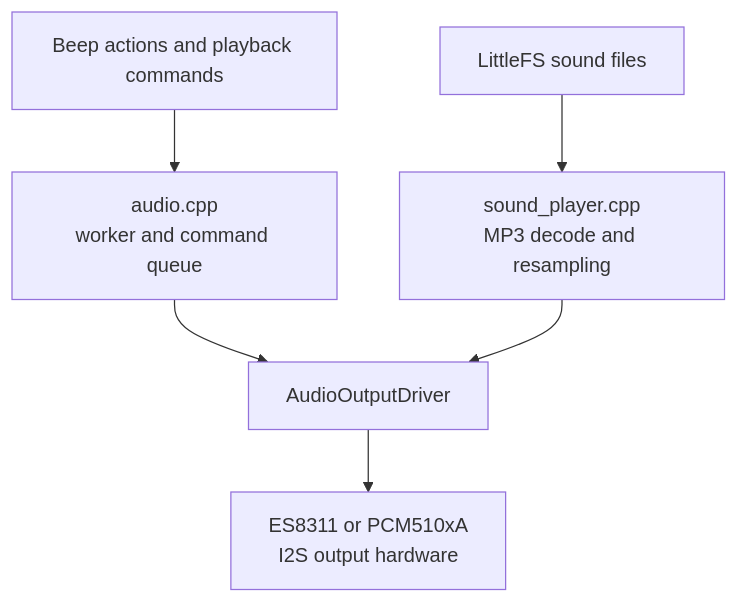
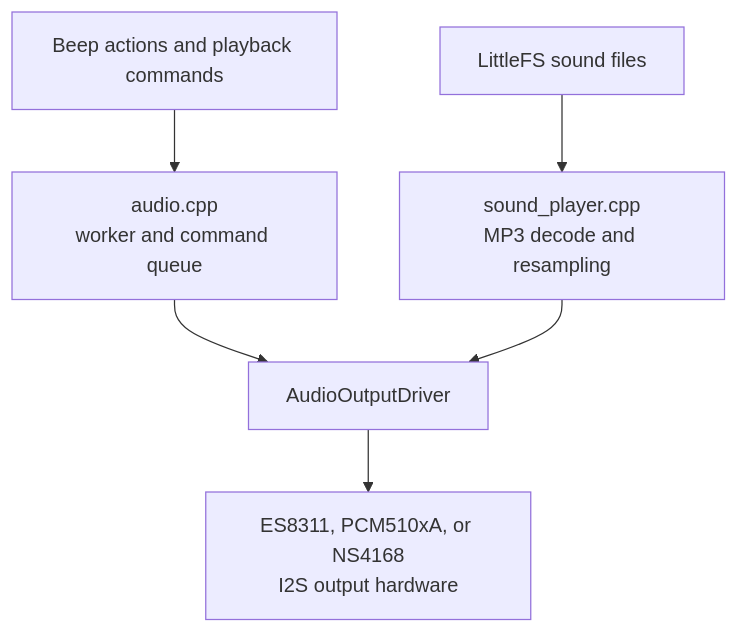
Before and after one commit to jantielens/esp32-macropad: the diagram in docs/dev/audio-architecture.md, drawn with Mermaid. The commit also changed other lines of this file and 34 other files, not shown here.

````diff
--- a/docs/dev/audio-architecture.md
+++ b/docs/dev/audio-architecture.md
@@ -17,8 +17,8 @@
 ```mermaid
 flowchart TD
     Actions[Beep actions and playback commands] --> Audio["audio.cpp\nworker and command queue"]
     Storage["LittleFS sound files"] --> Player["sound_player.cpp\nMP3 decode and resampling"]
     Audio --> Driver["AudioOutputDriver"]
     Player --> Driver
-    Driver --> Hardware["ES8311 or PCM510xA\nI2S output hardware"]
+    Driver --> Hardware["ES8311, PCM510xA, or NS4168\nI2S output hardware"]
 ```
````
